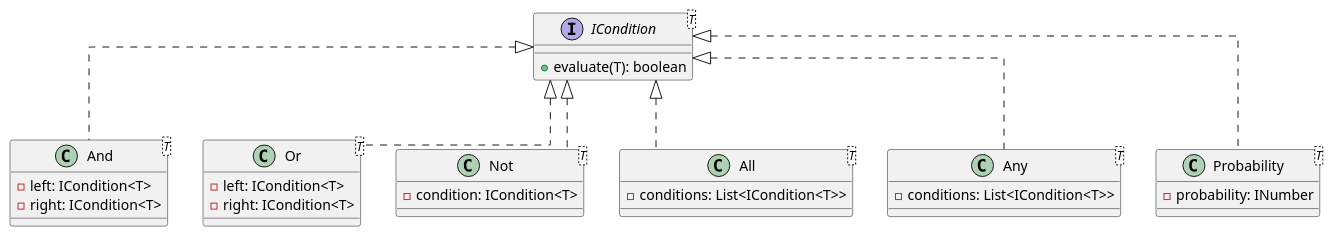
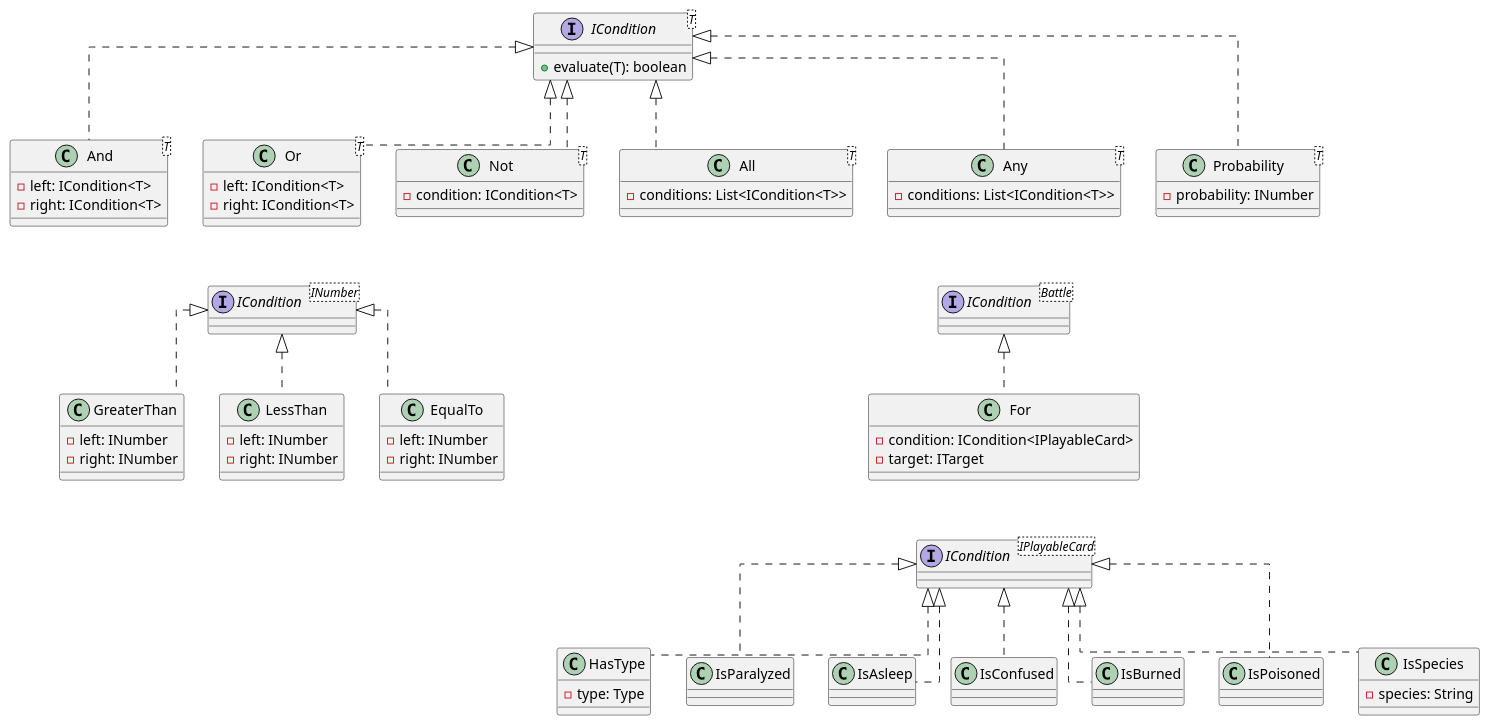
Before and after one commit to Richie-Moon/TCGPocketBattler: the diagram in docs/UML/ICondition.puml, drawn with PlantUML.

Commit message:
feat(docs): Added ICondition

```diff
--- a/docs/UML/ICondition.puml
+++ b/docs/UML/ICondition.puml
@@ -1,35 +1,84 @@
 @startuml
 
 skinparam linetype ortho
 
-interface ICondition<T> {
+interface "ICondition<T>" as IConditionT
+
+interface IConditionT {
     + evaluate(T): boolean
 }
 
-class And<T> implements ICondition<T> {
+class And<T> implements IConditionT {
     - left: ICondition<T>
     - right: ICondition<T>
 }
 
-class Or<T> implements ICondition<T> {
+class Or<T> implements IConditionT {
     - left: ICondition<T>
     - right: ICondition<T>
 }
 
-class Not<T> implements ICondition<T> {
+class Not<T> implements IConditionT {
     - condition: ICondition<T>
 }
 
-class All<T> implements ICondition<T> {
+class All<T> implements IConditionT {
     - conditions: List<ICondition<T>>
 }
 
-class Any<T> implements ICondition<T> {
+class Any<T> implements IConditionT {
     - conditions: List<ICondition<T>>
 }
 
-class Probability<T> implements ICondition<T> {
+class Probability<T> implements IConditionT {
     - probability: INumber
 }
 
+
+interface "ICondition<INumber>" as IConditionINumber
+
+Or -[hidden]- IConditionINumber
+
+class GreaterThan implements IConditionINumber {
+    - left: INumber
+    - right: INumber
+}
+
+class LessThan implements IConditionINumber {
+    - left: INumber
+    - right: INumber
+}
+
+class EqualTo implements IConditionINumber {
+    - left: INumber
+    - right: INumber
+}
+
+interface "ICondition<IPlayableCard>" as IConditionIPlayableCard
+
+For -[hidden]- IConditionIPlayableCard
+
+class HasType implements IConditionIPlayableCard {
+    - type: Type
+}
+
+class IsParalyzed implements IConditionIPlayableCard {}
+class IsAsleep implements IConditionIPlayableCard {}
+class IsConfused implements IConditionIPlayableCard {}
+class IsBurned implements IConditionIPlayableCard {}
+class IsPoisoned implements IConditionIPlayableCard {}
+class IsSpecies implements IConditionIPlayableCard {
+    - species: String /' or ID: int '/ 
+}
+
+interface "ICondition<Battle>" as IConditionBattle
+
+Any -[hidden]- IConditionBattle
+
+class For implements IConditionBattle {
+    - condition: ICondition<IPlayableCard>
+    - target: ITarget
+}
+
+
 @enduml
```
